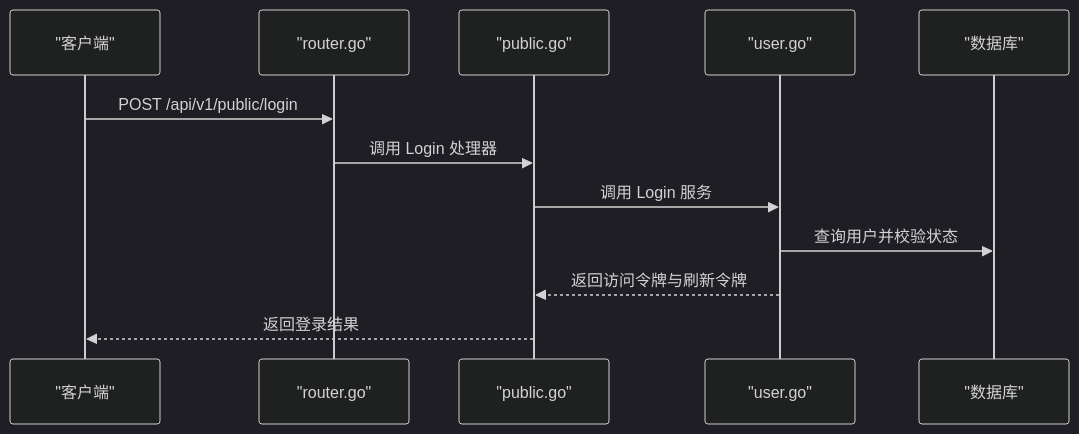
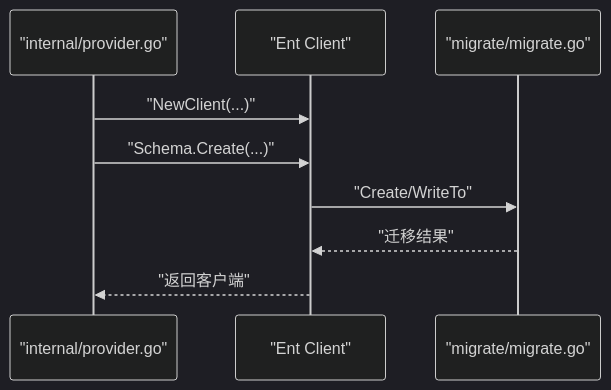
One commit to wuwuseo/e-sports-go-admin changed the fifth of 7 diagrams in .qoder/repowiki/zh/content/快速开始.md. Above: the diagram before and after it, drawn with Mermaid (dark theme). The commit also changed other lines of this file and 141 other files, not shown here.

````diff
--- a/.qoder/repowiki/zh/content/快速开始.md
+++ b/.qoder/repowiki/zh/content/快速开始.md
@@ -193,14 +176,11 @@
 ```mermaid
 sequenceDiagram
-participant C as "客户端"
-participant R as "router.go"
-participant H as "public.go"
-participant S as "user.go"
-participant DB as "数据库"
-C->>R : POST /api/v1/public/login
-R->>H : 调用 Login 处理器
-H->>S : 调用 Login 服务
-S->>DB : 查询用户并校验状态
-S-->>H : 返回访问令牌与刷新令牌
-H-->>C : 返回登录结果
+participant Prov as "internal/provider.go"
+participant Ent as "Ent Client"
+participant Mig as "migrate/migrate.go"
+Prov->>Ent : "NewClient(...)"
+Prov->>Ent : "Schema.Create(...)"
+Ent->>Mig : "Create/WriteTo"
+Mig-->>Ent : "迁移结果"
+Ent-->>Prov : "返回客户端"
 ```
````
